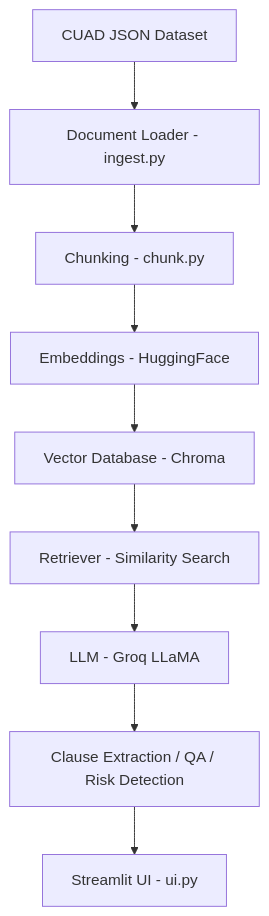
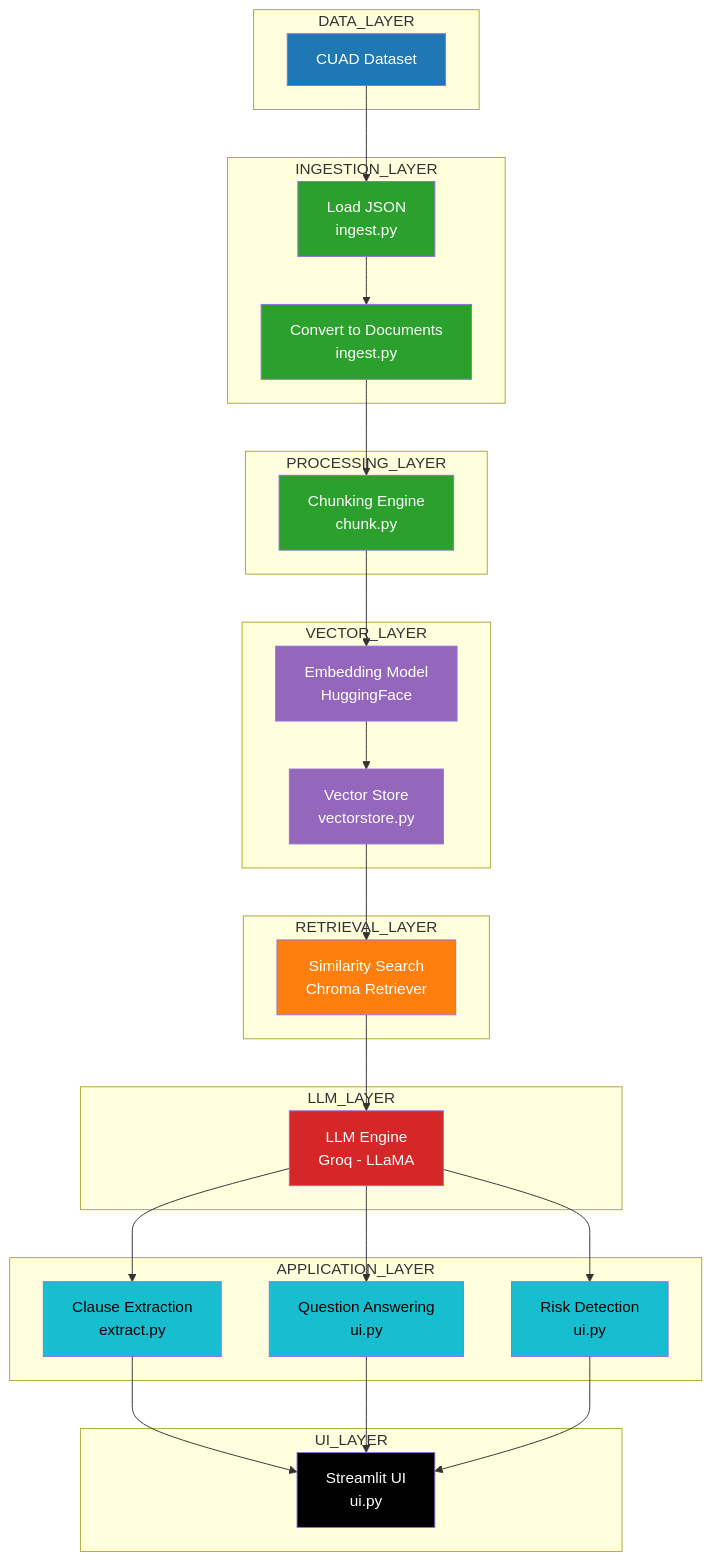
One commit to Aftab0904/contract-clause-analysis changed the diagram in README.md. Above: the diagram before and after it, drawn with Mermaid.

Commit message:
Updated Architecture

````diff
--- a/README.md
+++ b/README.md
@@ -28,11 +28,94 @@
 ```mermaid
 flowchart TD
-    A[CUAD JSON Dataset] --> B[Document Loader - ingest.py]
-    B --> C[Chunking - chunk.py]
-    C --> D[Embeddings - HuggingFace]
-    D --> E[Vector Database - Chroma]
-    E --> F[Retriever - Similarity Search]
-    F --> G[LLM - Groq LLaMA]
-    G --> H[Clause Extraction / QA / Risk Detection]
-    H --> I[Streamlit UI - ui.py]
+
+    %% ----------------------
+    %% DATA LAYER
+    %% ----------------------
+    subgraph DATA_LAYER
+        A[CUAD Dataset]
+    end
+
+    %% ----------------------
+    %% INGESTION LAYER
+    %% ----------------------
+    subgraph INGESTION_LAYER
+        B[Load JSON<br>ingest.py]
+        C[Convert to Documents<br>ingest.py]
+    end
+
+    %% ----------------------
+    %% PROCESSING LAYER
+    %% ----------------------
+    subgraph PROCESSING_LAYER
+        D[Chunking Engine<br>chunk.py]
+    end
+
+    %% ----------------------
+    %% EMBEDDING + STORAGE
+    %% ----------------------
+    subgraph VECTOR_LAYER
+        E[Embedding Model<br>HuggingFace]
+        F[Vector Store<br>vectorstore.py]
+    end
+
+    %% ----------------------
+    %% RETRIEVAL LAYER
+    %% ----------------------
+    subgraph RETRIEVAL_LAYER
+        G[Similarity Search<br>Chroma Retriever]
+    end
+
+    %% ----------------------
+    %% REASONING LAYER
+    %% ----------------------
+    subgraph LLM_LAYER
+        H[LLM Engine<br>Groq - LLaMA]
+    end
+
+    %% ----------------------
+    %% APPLICATION LOGIC
+    %% ----------------------
+    subgraph APPLICATION_LAYER
+        I[Clause Extraction<br>extract.py]
+        J[Question Answering<br>ui.py]
+        K[Risk Detection<br>ui.py]
+    end
+
+    %% ----------------------
+    %% UI LAYER
+    %% ----------------------
+    subgraph UI_LAYER
+        L[Streamlit UI<br>ui.py]
+    end
+
+    %% FLOW
+    A --> B --> C --> D --> E --> F --> G --> H
+    H --> I
+    H --> J
+    H --> K
+    I --> L
+    J --> L
+    K --> L
+
+    %% ----------------------
+    %% STYLING
+    %% ----------------------
+    style A fill:#1f77b4,color:#fff
+
+    style B fill:#2ca02c,color:#fff
+    style C fill:#2ca02c,color:#fff
+    style D fill:#2ca02c,color:#fff
+
+    style E fill:#9467bd,color:#fff
+    style F fill:#9467bd,color:#fff
+
+    style G fill:#ff7f0e,color:#fff
+
+    style H fill:#d62728,color:#fff
+
+    style I fill:#17becf,color:#000
+    style J fill:#17becf,color:#000
+    style K fill:#17becf,color:#000
+
+    style L fill:#000000,color:#fff
 ```
````
